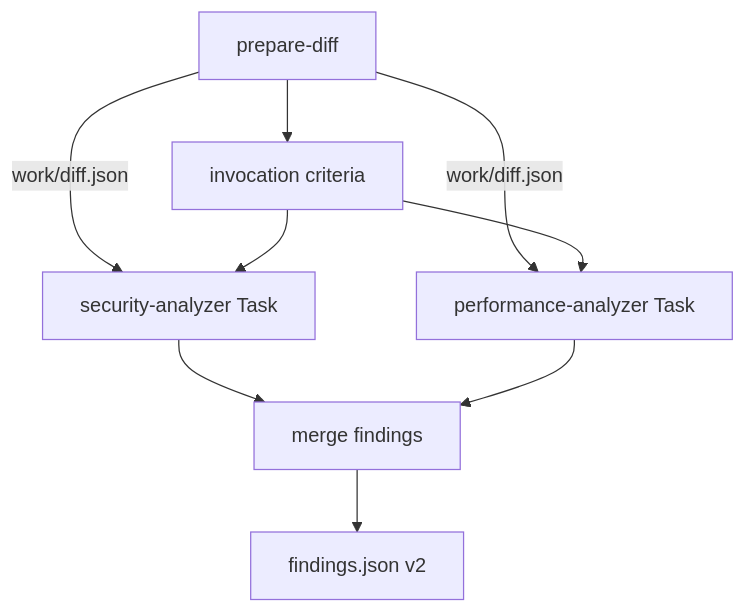
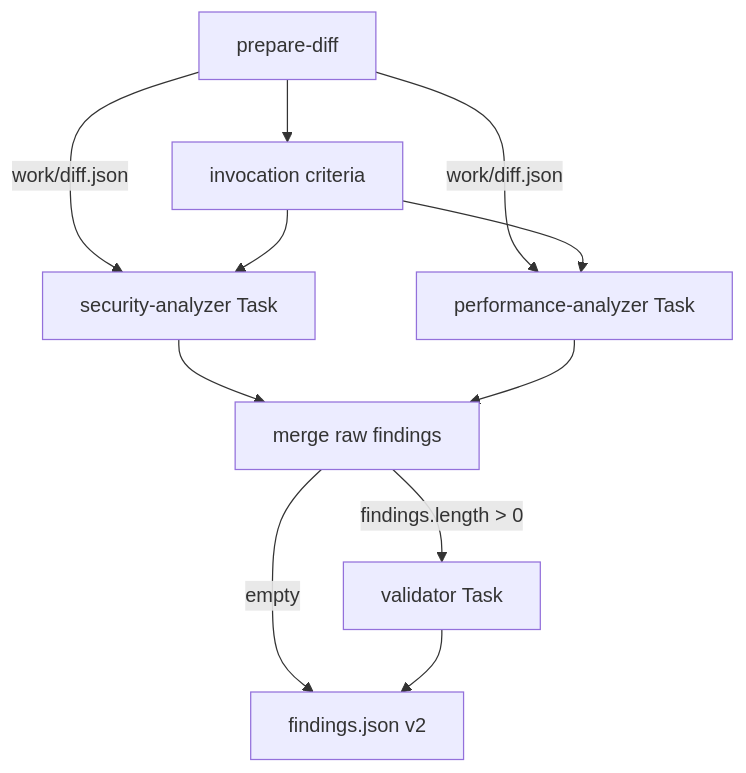
The diagram in .cursor/skills/ai-code-review/SKILL.md (facundotolosa/bugbot-application), drawn with Mermaid before and after one commit. The commit also changed other lines of this file and 1 other file, not shown here.

First line of the commit message:
feat(ai-code-review): wire validator into orchestrator skill

````diff
--- a/.cursor/skills/ai-code-review/SKILL.md
+++ b/.cursor/skills/ai-code-review/SKILL.md
@@ -16,18 +16,21 @@
 ```mermaid
 flowchart TB
   PD[prepare-diff]
   IC[invocation criteria]
   SEC[security-analyzer Task]
   PERF[performance-analyzer Task]
-  MERGE[merge findings]
+  RAW[merge raw findings]
+  VAL[validator Task]
   OUT[findings.json v2]
 
   PD --> IC
   PD -->|work/diff.json| SEC
   PD -->|work/diff.json| PERF
   IC --> SEC
   IC --> PERF
-  SEC --> MERGE
-  PERF --> MERGE
-  MERGE --> OUT
+  SEC --> RAW
+  PERF --> RAW
+  RAW -->|findings.length > 0| VAL
+  RAW -->|empty| OUT
+  VAL --> OUT
 ```
````
